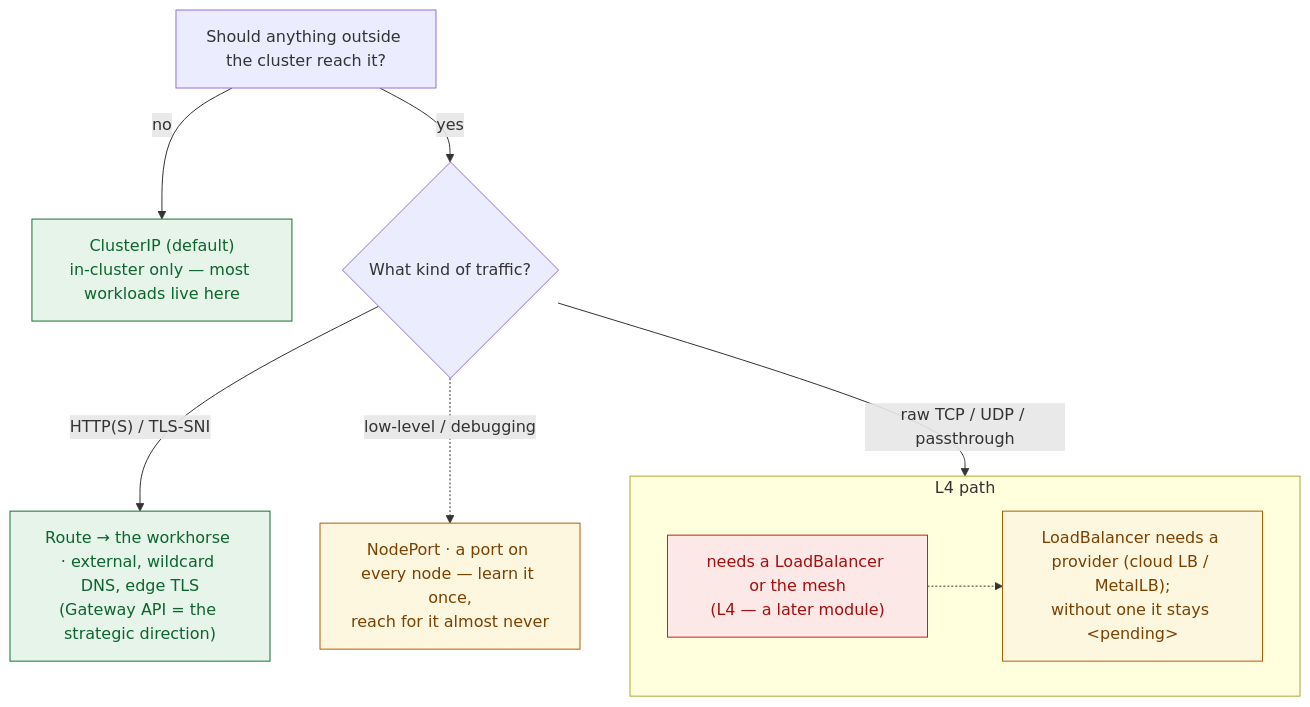
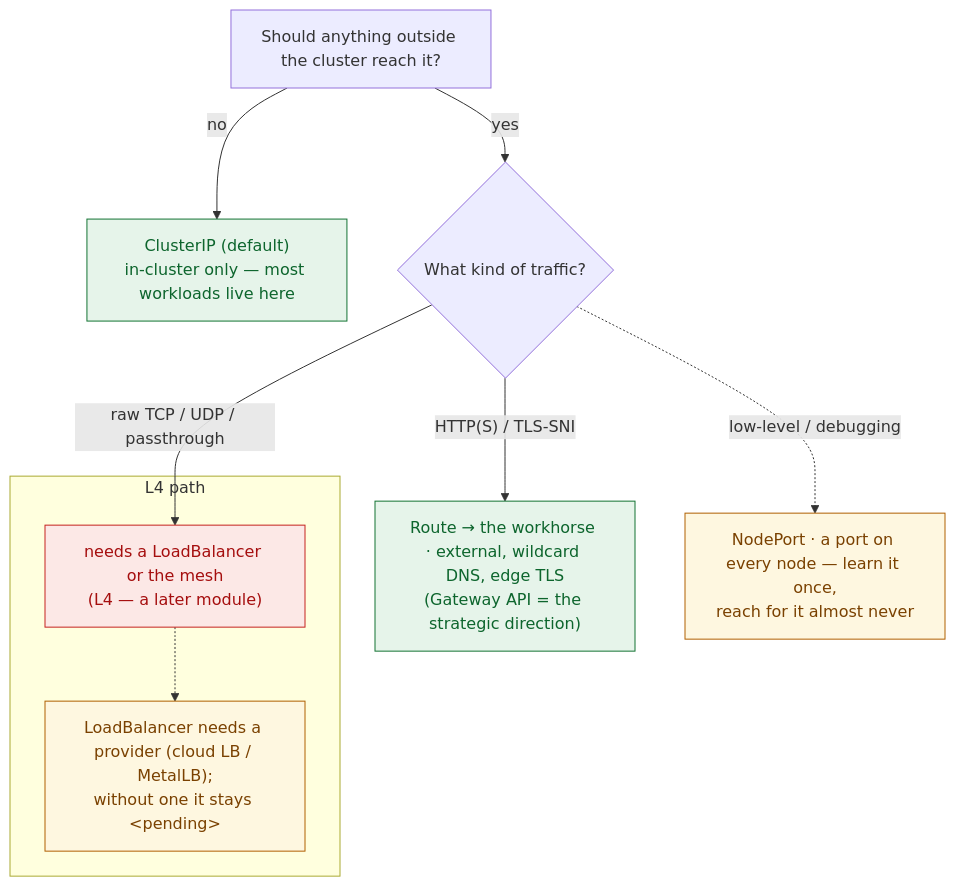
One commit to serhat-dirik/OCP-Getting-Started-Revamped changed the diagram in content/modules/ROOT/examples/diagrams/networking-dev-devops/02-exposure-tree.mmd. Above: the diagram before and after it, drawn with Mermaid. The commit also changed 6 other files, not shown here.

```diff
--- a/content/modules/ROOT/examples/diagrams/networking-dev-devops/02-exposure-tree.mmd
+++ b/content/modules/ROOT/examples/diagrams/networking-dev-devops/02-exposure-tree.mmd
@@ -1,25 +1,24 @@
 %% Exposure decision tree — Networking for Dev & DevOps.
 %% Resized 2026-08-22: was `graph TB` at 955x629 intrinsic (aspect 0.66; text 0.94x already fine,
 %% so width was left alone). Three labels ran three lines (now two — no wording dropped, just the
 %% break relocated to whichever side keeps the line shorter). The L4 -> LoadBalancer branch is now
 %% a `direction LR` subgraph so those two nodes share one row instead of adding a fourth tree rank.
 flowchart TB
   q0["Should anything outside the cluster reach it?"]
   q0 -->|no| clusterip["ClusterIP (default)<br/>in-cluster only — most workloads live here"]
   q0 -->|yes| q1{"What kind of traffic?"}
   q1 -->|"HTTP(S) / TLS-SNI"| route["Route → the workhorse · external, wildcard DNS, edge TLS<br/>(Gateway API = the strategic direction)"]
   subgraph l4grp["L4 path"]
-    direction LR
     l4["needs a LoadBalancer or the mesh<br/>(L4 — a later module)"]
     lb["LoadBalancer needs a provider (cloud LB / MetalLB);<br/>without one it stays &lt;pending&gt;"]
     l4 -.-> lb
   end
   q1 -->|"raw TCP / UDP / passthrough"| l4
   nodeport["NodePort · a port on every node — learn it once,<br/>reach for it almost never"]
   q1 -.->|"low-level / debugging"| nodeport
   classDef def fill:#e6f4ea,stroke:#137333,color:#0d652d;
   classDef warn fill:#fef7e0,stroke:#b06000,color:#7a4100;
   classDef bad fill:#fce8e6,stroke:#c5221f,color:#a50e0e;
   class clusterip,route def;
   class nodeport,lb warn;
   class l4 bad;
```
